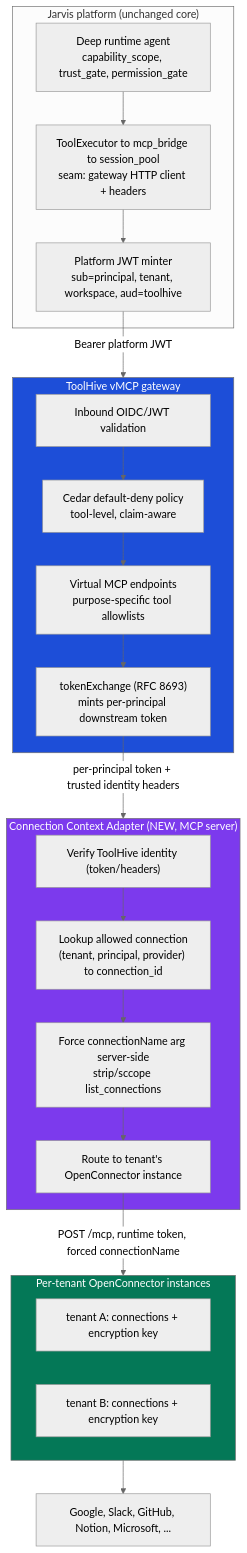
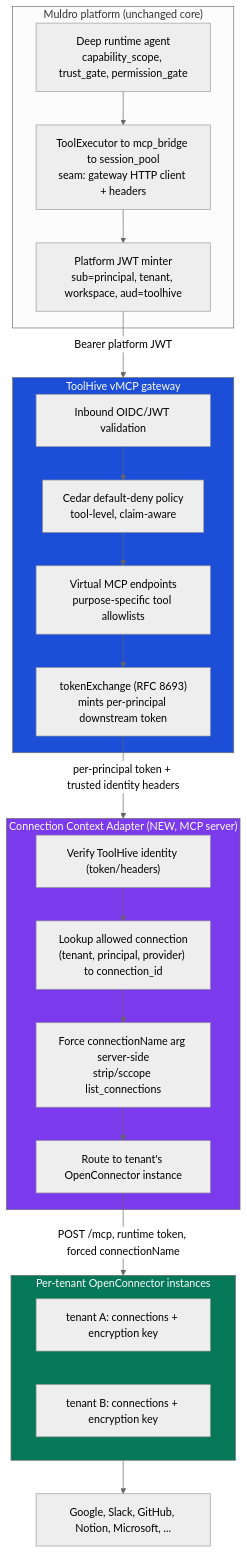
The second of 13 diagrams in docs/architecture/toolhive-openconnector-assessment.md (shivadharmi/muldro), drawn with Mermaid (neutral theme) before and after one commit. The commit also changed other lines of this file and 359 other files, not shown here.

First line of the commit message:
chore: rebrand Jarvis to Muldro across the codebase

````diff
--- a/docs/architecture/toolhive-openconnector-assessment.md
+++ b/docs/architecture/toolhive-openconnector-assessment.md
@@ -179,42 +179,42 @@
 ```mermaid
 flowchart TD
-    subgraph JARVIS["Jarvis platform (unchanged core)"]
+    subgraph MULDRO["Muldro platform (unchanged core)"]
         AGENT["Deep runtime agent<br/>capability_scope, trust_gate, permission_gate"]
         DISP["ToolExecutor to mcp_bridge to session_pool<br/>seam: gateway HTTP client + headers"]
         JWT["Platform JWT minter<br/>sub=principal, tenant, workspace, aud=toolhive"]
         AGENT --> DISP --> JWT
     end
 
     JWT -->|"Bearer platform JWT"| THV
 
     subgraph THV["ToolHive vMCP gateway"]
         OIDC["Inbound OIDC/JWT validation"]
         CEDAR["Cedar default-deny policy<br/>tool-level, claim-aware"]
         FILTER["Virtual MCP endpoints<br/>purpose-specific tool allowlists"]
         TE["tokenExchange (RFC 8693)<br/>mints per-principal downstream token"]
         OIDC --> CEDAR --> FILTER --> TE
     end
 
     TE -->|"per-principal token + trusted identity headers"| ADAPTER
 
     subgraph ADAPTER["Connection Context Adapter (NEW, MCP server)"]
         VERIFY["Verify ToolHive identity (token/headers)"]
         MAP["Lookup allowed connection<br/>(tenant, principal, provider) to connection_id"]
         FORCE["Force connectionName arg server-side<br/>strip/sccope list_connections"]
         ROUTE["Route to tenant's OpenConnector instance"]
         VERIFY --> MAP --> FORCE --> ROUTE
     end
 
     ROUTE -->|"POST /mcp, runtime token, forced connectionName"| OC
 
     subgraph OC["Per-tenant OpenConnector instances"]
         OCA["tenant A: connections + encryption key"]
         OCB["tenant B: connections + encryption key"]
     end
 
     OC --> SAAS["Google, Slack, GitHub, Notion, Microsoft, ..."]
 
     style ADAPTER fill:#7c3aed,color:#fff
     style THV fill:#1d4ed8,color:#fff
     style OC fill:#047857,color:#fff
 ```
````
